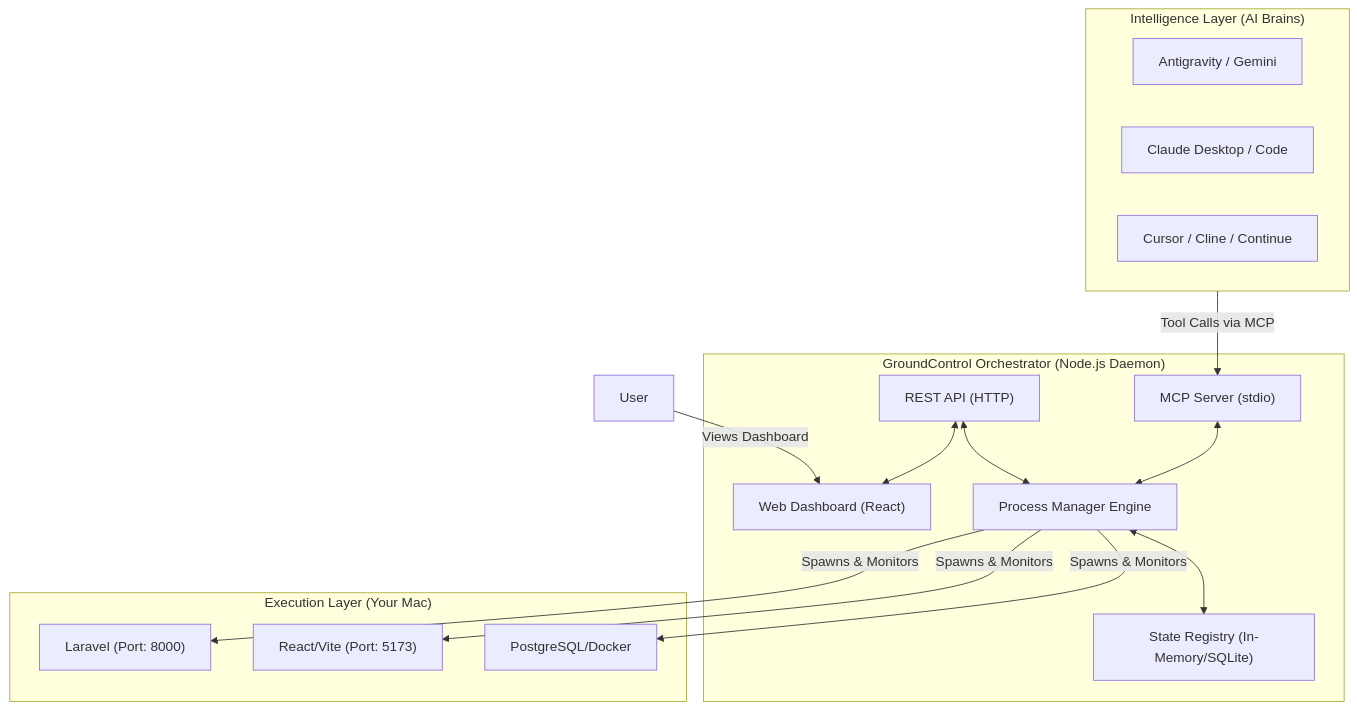
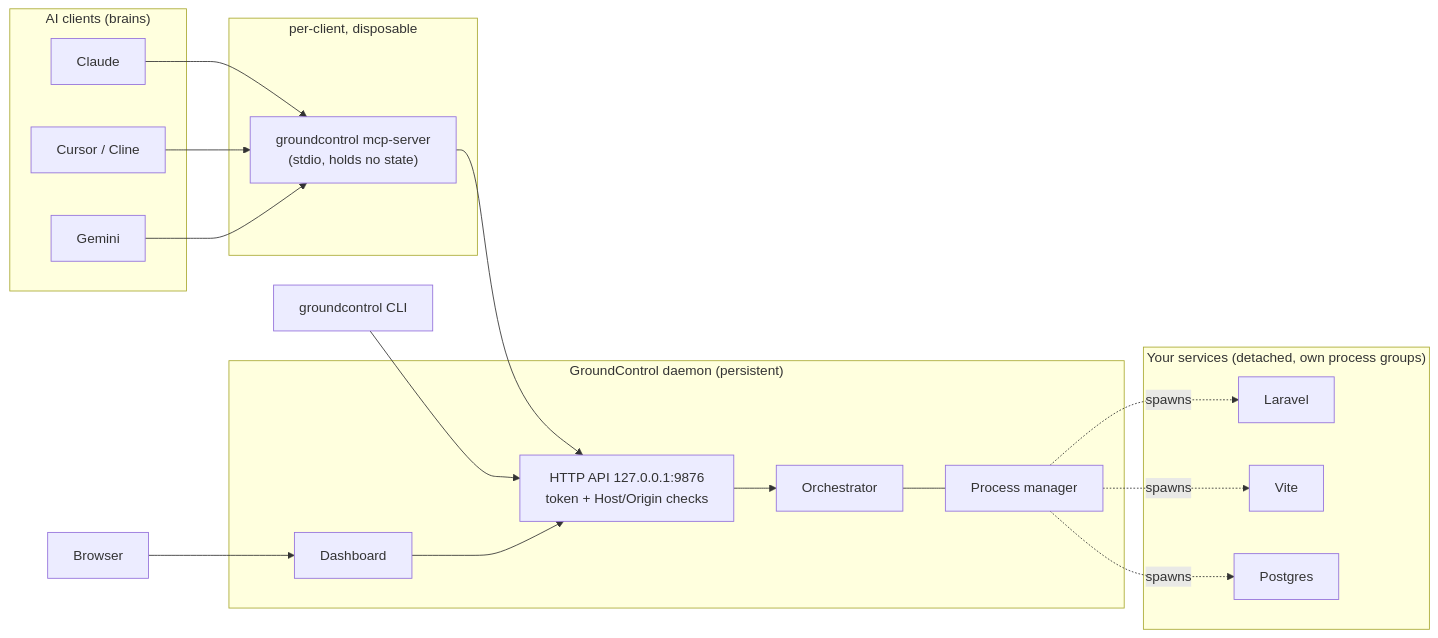
The diagram in README.md (Er-Kalpesh/GroundControl), drawn with Mermaid before and after one commit. The commit also changed other lines of this file and 5 other files, not shown here.

````diff
--- a/README.md
+++ b/README.md
@@ -55,33 +19,22 @@
 ```mermaid
-flowchart TD
-    subgraph AIs ["Intelligence Layer (AI Brains)"]
-        AGY["Antigravity / Gemini"]
-        CL["Claude Desktop / Code"]
-        CUR["Cursor / Cline / Continue"]
+flowchart LR
+    subgraph AI["AI clients (brains)"]
+        C1[Claude]; C2[Cursor / Cline]; C3[Gemini]
     end
-
-    subgraph LD ["GroundControl Orchestrator (Node.js Daemon)"]
-        MCP["MCP Server (stdio)"]
-        API["REST API (HTTP)"]
-        DASH["Web Dashboard (React)"]
-        PM["Process Manager Engine"]
-        REG["State Registry (In-Memory/SQLite)"]
-        
-        MCP <--> PM
-        API <--> PM
-        API <--> DASH
-        PM <--> REG
+    subgraph Bridge["per-client, disposable"]
+        M["groundcontrol mcp-server<br/>(stdio, holds no state)"]
     end
-    
-    subgraph Services ["Execution Layer (Your Mac)"]
-        LAR["Laravel (Port: 8000)"]
-        VITE["React/Vite (Port: 5173)"]
-        DB["PostgreSQL/Docker"]
+    subgraph D["GroundControl daemon (persistent)"]
+        API["HTTP API 127.0.0.1:9876<br/>token + Host/Origin checks"]
+        O[Orchestrator] --- PM[Process manager]
+        DASH[Dashboard]
     end
-
-    AIs -- "Tool Calls via MCP" --> MCP
-    User -- "Views Dashboard" --> DASH
-    PM -- "Spawns & Monitors" --> LAR
-    PM -- "Spawns & Monitors" --> VITE
-    PM -- "Spawns & Monitors" --> DB
+    subgraph S["Your services (detached, own process groups)"]
+        L[Laravel]; V[Vite]; P[Postgres]
+    end
+    C1 & C2 & C3 --> M --> API
+    CLI[groundcontrol CLI] --> API
+    Browser --> DASH --> API
+    API --> O
+    PM -. spawns .-> L & V & P
 ```
````
